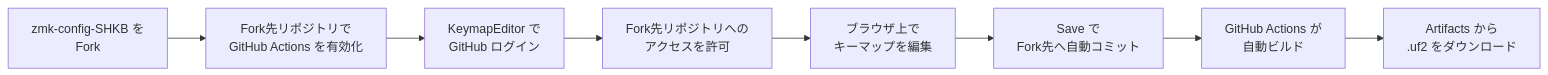
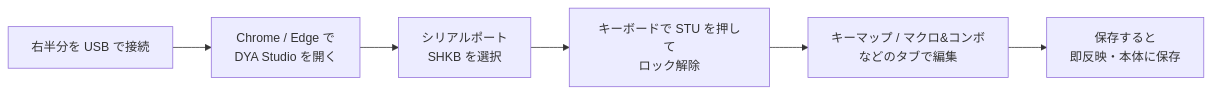
The second of 4 diagrams in README.md (chb-usk/zmk-config-SHKB), drawn with Mermaid before and after one commit. The commit also changed other lines of this file and 17 other files, not shown here.

First line of the commit message:
Sync with zmk-develop-SHKB: DYA Studio support

````diff
--- a/README.md
+++ b/README.md
@@ -190,10 +252,8 @@
 ```mermaid
 flowchart LR
-    A["zmk-config-SHKB を<br/>Fork"] --> B["Fork先リポジトリで<br/>GitHub Actions を有効化"]
-    B --> C["KeymapEditor で<br/>GitHub ログイン"]
-    C --> D["Fork先リポジトリへの<br/>アクセスを許可"]
-    D --> E["ブラウザ上で<br/>キーマップを編集"]
-    E --> F["Save で<br/>Fork先へ自動コミット"]
-    F --> G["GitHub Actions が<br/>自動ビルド"]
-    G --> H["Artifacts から<br/>.uf2 をダウンロード"]
+    A["右半分を USB で接続"] --> B["Chrome / Edge で<br/>DYA Studio を開く"]
+    B --> C["シリアルポート<br/>SHKB を選択"]
+    C --> D["キーボードで STU を押して<br/>ロック解除"]
+    D --> E["キーマップ / マクロ&コンボ<br/>などのタブで編集"]
+    E --> F["保存すると<br/>即反映・本体に保存"]
 ```
````
